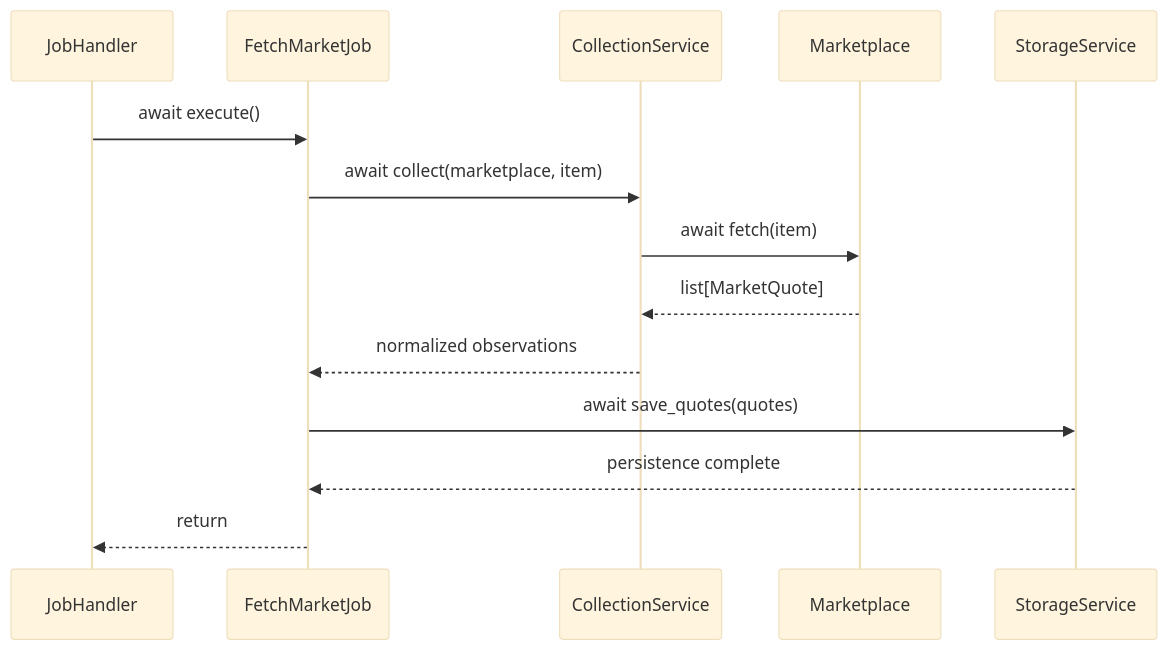
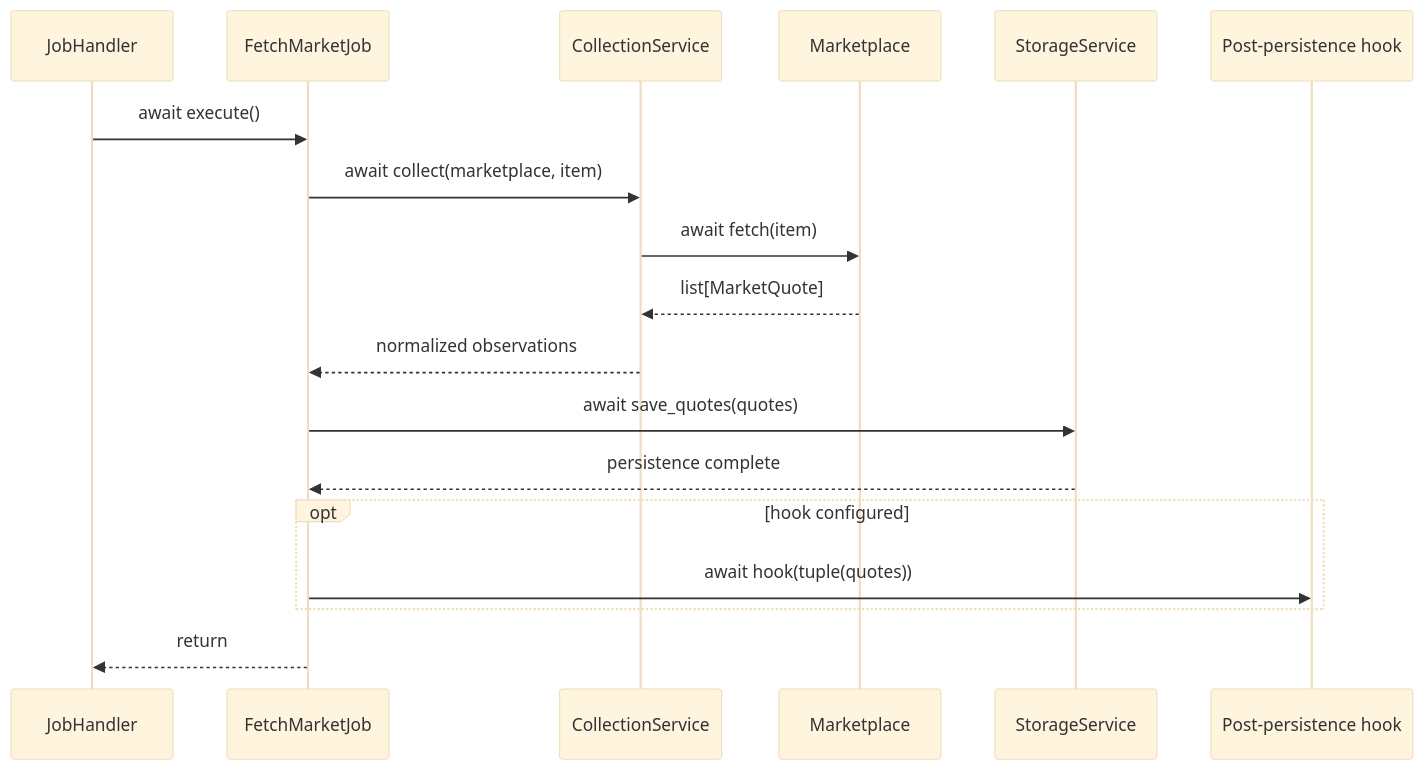
Before and after one commit to maciejL03/price-oracle: the third of 7 diagrams in backend/engine/jobs/README.md, drawn with Mermaid (base theme). The commit also changed other lines of this file and 20 other files, not shown here.

````diff
--- a/backend/engine/jobs/README.md
+++ b/backend/engine/jobs/README.md
@@ -97,17 +97,21 @@
 ```mermaid
 sequenceDiagram
     participant H as JobHandler
     participant J as FetchMarketJob
     participant C as CollectionService
     participant M as Marketplace
     participant S as StorageService
+    participant P as Post-persistence hook
 
     H->>J: await execute()
     J->>C: await collect(marketplace, item)
     C->>M: await fetch(item)
     M-->>C: list[MarketQuote]
     C-->>J: normalized observations
     J->>S: await save_quotes(quotes)
     S-->>J: persistence complete
+    opt hook configured
+        J->>P: await hook(tuple(quotes))
+    end
     J-->>H: return
 ```
````
